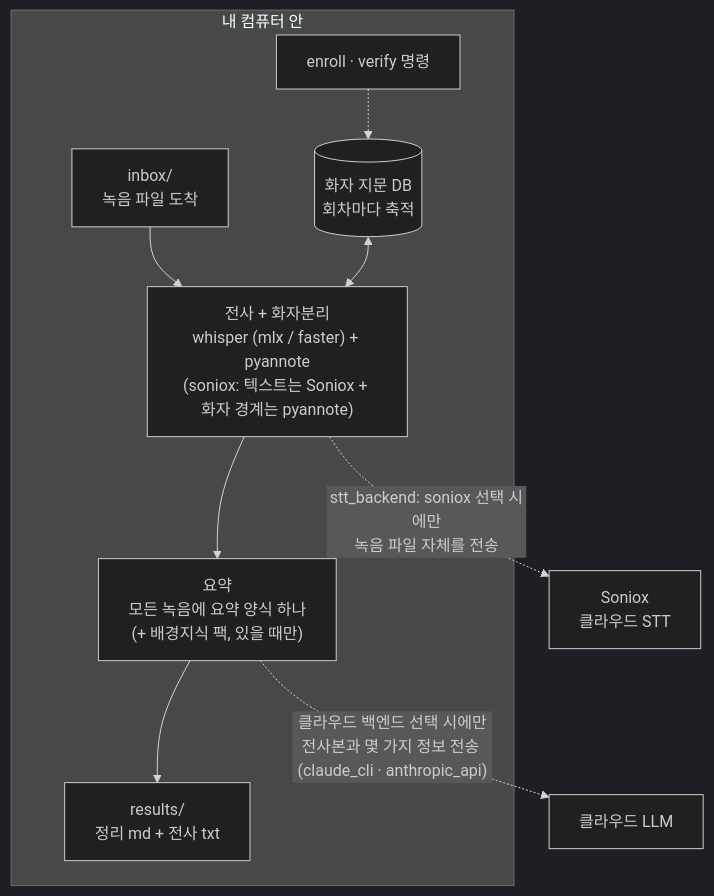
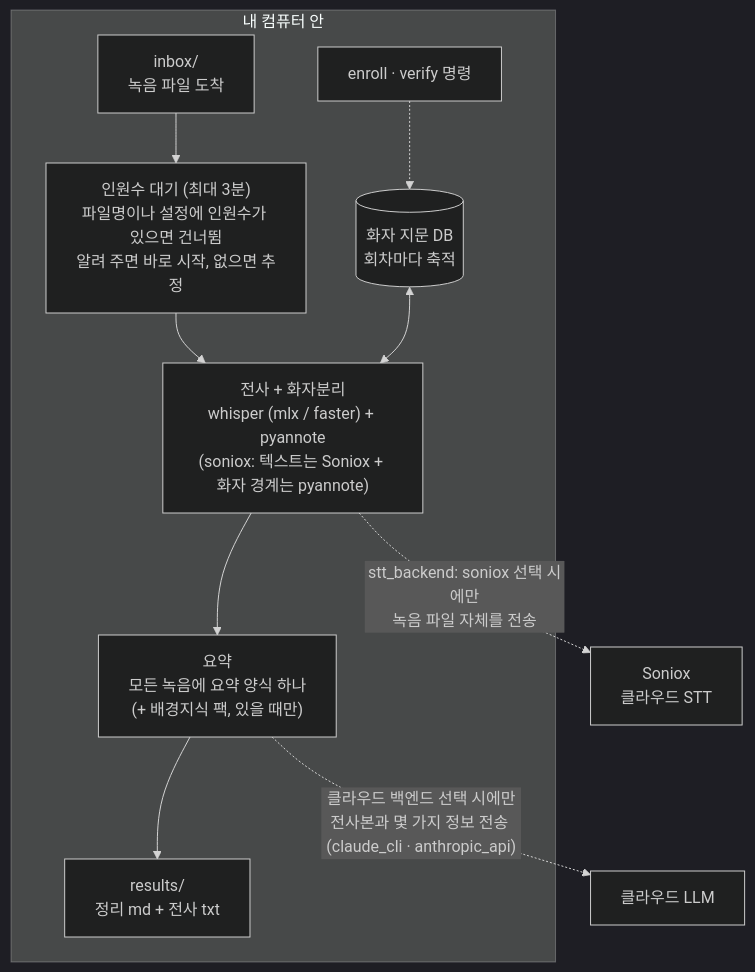
One commit to kemy-ai/moim-scribe changed the diagram in README.ko.md. Above: the diagram before and after it, drawn with Mermaid (dark theme). The commit also changed 1 other file, not shown here.

Commit message:
Show the speaker count wait in the README diagram
The diagram in both READMEs went from the inbox straight to transcription.
Since 0.2.1 a recording with no head count in its file name waits up to
3 minutes first, so the diagram now has that step between the two, with
when it is skipped and what ends it. The tag v0.2.1 is not moved.

````diff
--- a/README.ko.md
+++ b/README.ko.md
@@ -15,12 +15,13 @@
 ```mermaid
 flowchart TD
     subgraph machine["내 컴퓨터 안"]
-        A["inbox/<br>녹음 파일 도착"] --> B["전사 + 화자분리<br>whisper (mlx / faster) + pyannote<br>(soniox: 텍스트는 Soniox + 화자 경계는 pyannote)"]
+        A["inbox/<br>녹음 파일 도착"] --> W["인원수 대기 (최대 3분)<br>파일명이나 설정에 인원수가 있으면 건너뜀<br>알려 주면 바로 시작, 없으면 추정"]
+        W --> B["전사 + 화자분리<br>whisper (mlx / faster) + pyannote<br>(soniox: 텍스트는 Soniox + 화자 경계는 pyannote)"]
         FP[("화자 지문 DB<br>회차마다 축적")] <--> B
         B --> C["요약<br>모든 녹음에 요약 양식 하나<br>(+ 배경지식 팩, 있을 때만)"]
         C --> D["results/<br>정리 md + 전사 txt"]
         V["enroll · verify 명령"] -.-> FP
     end
     B -.->|"stt_backend: soniox 선택 시에만<br>녹음 파일 자체를 전송"| STT["Soniox<br>클라우드 STT"]
     C -.->|"클라우드 백엔드 선택 시에만<br>전사본과 몇 가지 정보 전송 (claude_cli · anthropic_api)"| LLM["클라우드 LLM"]
 ```
````
